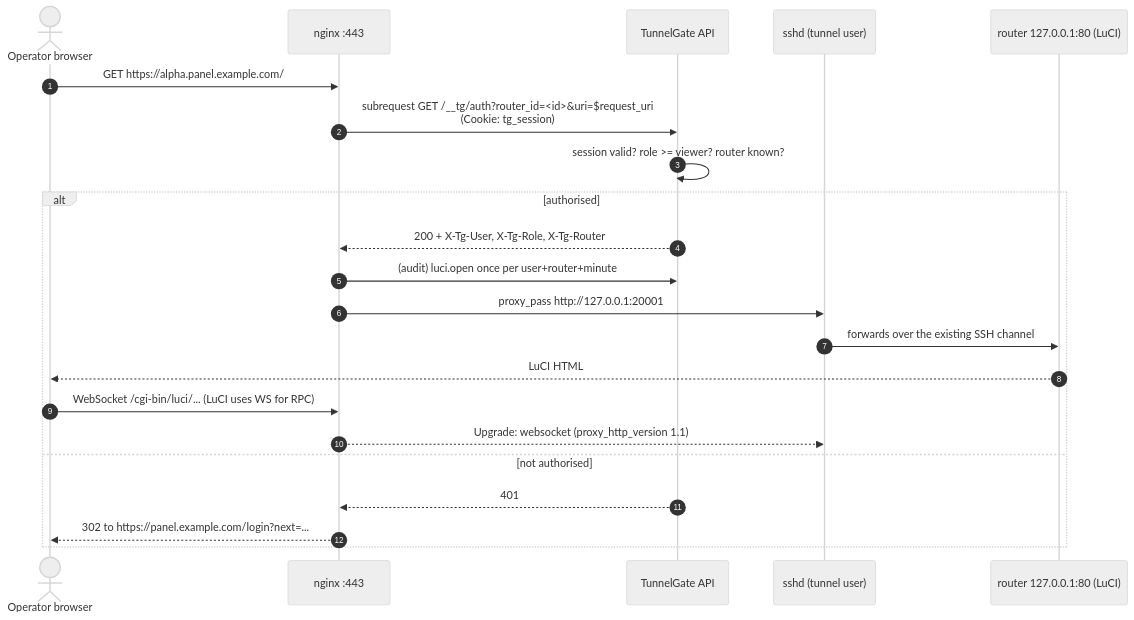
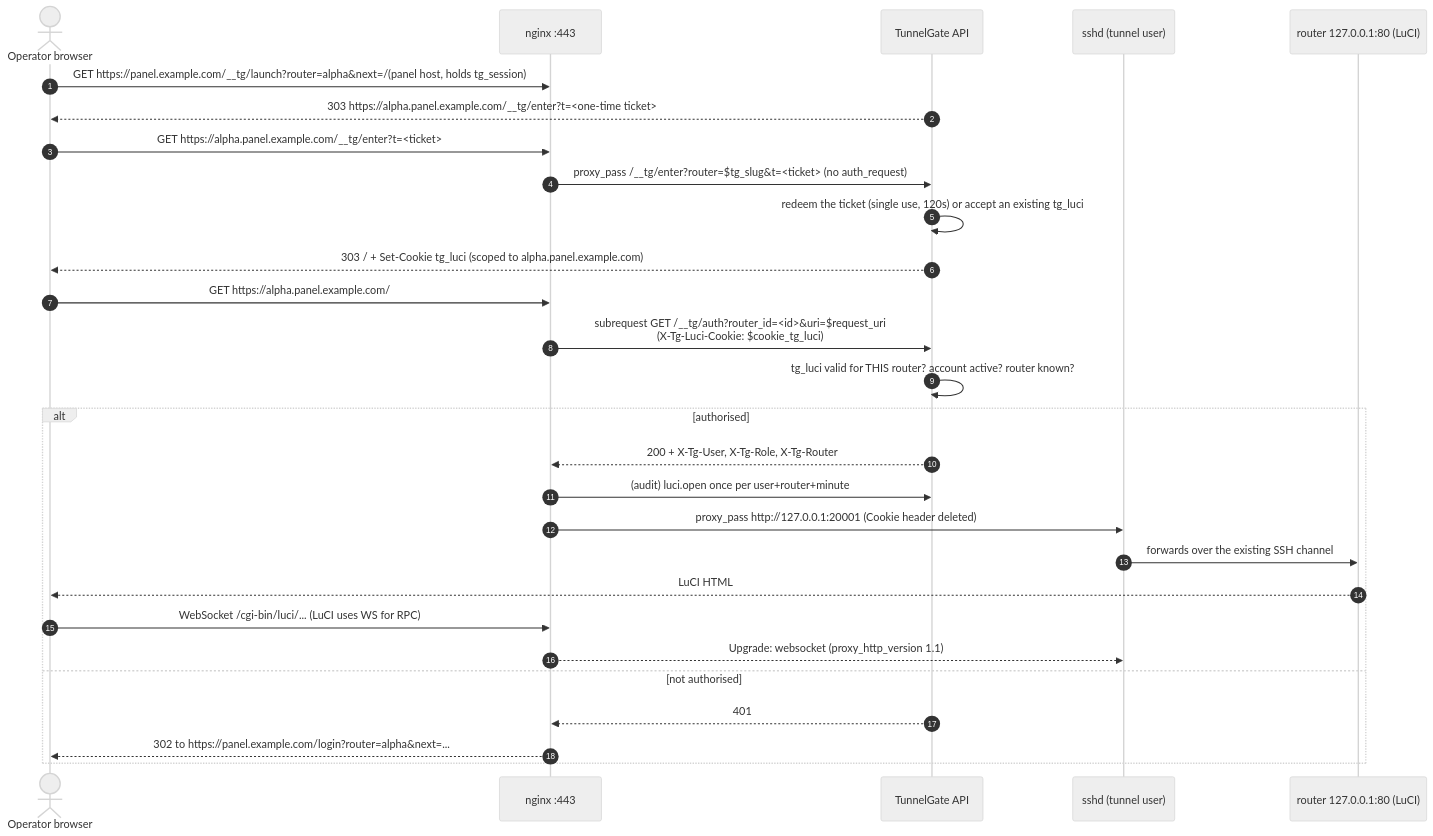
Before and after one commit to Ghost-in-the-dark/tunnelgate: the third of 7 diagrams in docs/ARCHITECTURE.md, drawn with Mermaid (neutral theme). The commit also changed other lines of this file and 34 other files, not shown here.

````diff
--- a/docs/ARCHITECTURE.md
+++ b/docs/ARCHITECTURE.md
@@ -133,25 +245,31 @@
 ```mermaid
 sequenceDiagram
     autonumber
     actor OP as Operator browser
     participant NG as nginx :443
     participant API as TunnelGate API
     participant SSH as sshd (tunnel user)
     participant R80 as router 127.0.0.1:80 (LuCI)
 
+    OP->>NG: GET https://panel.example.com/__tg/launch?router=alpha&next=/(panel host, holds tg_session)
+    API-->>OP: 303 https://alpha.panel.example.com/__tg/enter?t=<one-time ticket>
+    OP->>NG: GET https://alpha.panel.example.com/__tg/enter?t=<ticket>
+    NG->>API: proxy_pass /__tg/enter?router=$tg_slug&t=<ticket>   (no auth_request)
+    API->>API: redeem the ticket (single use, 120s) or accept an existing tg_luci
+    API-->>OP: 303 /  +  Set-Cookie tg_luci (scoped to alpha.panel.example.com)
     OP->>NG: GET https://alpha.panel.example.com/
-    NG->>API: subrequest GET /__tg/auth?router_id=<id>&uri=$request_uri<br/>(Cookie: tg_session)
-    API->>API: session valid? role >= viewer? router known?
+    NG->>API: subrequest GET /__tg/auth?router_id=<id>&uri=$request_uri<br/>(X-Tg-Luci-Cookie: $cookie_tg_luci)
+    API->>API: tg_luci valid for THIS router? account active? router known?
     alt authorised
         API-->>NG: 200 + X-Tg-User, X-Tg-Role, X-Tg-Router
         NG->>API: (audit) luci.open once per user+router+minute
-        NG->>SSH: proxy_pass http://127.0.0.1:20001
+        NG->>SSH: proxy_pass http://127.0.0.1:20001   (Cookie header deleted)
         SSH->>R80: forwards over the existing SSH channel
         R80-->>OP: LuCI HTML
         OP->>NG: WebSocket /cgi-bin/luci/... (LuCI uses WS for RPC)
         NG-->>SSH: Upgrade: websocket (proxy_http_version 1.1)
     else not authorised
         API-->>NG: 401
-        NG-->>OP: 302 to https://panel.example.com/login?next=...
+        NG-->>OP: 302 to https://panel.example.com/login?router=alpha&next=...
     end
 ```
````
